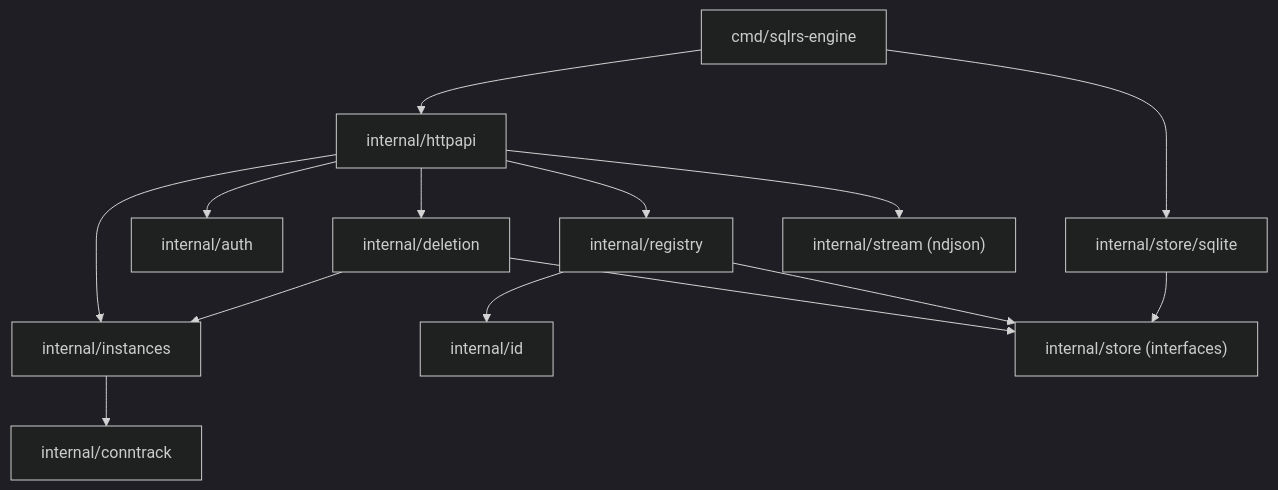
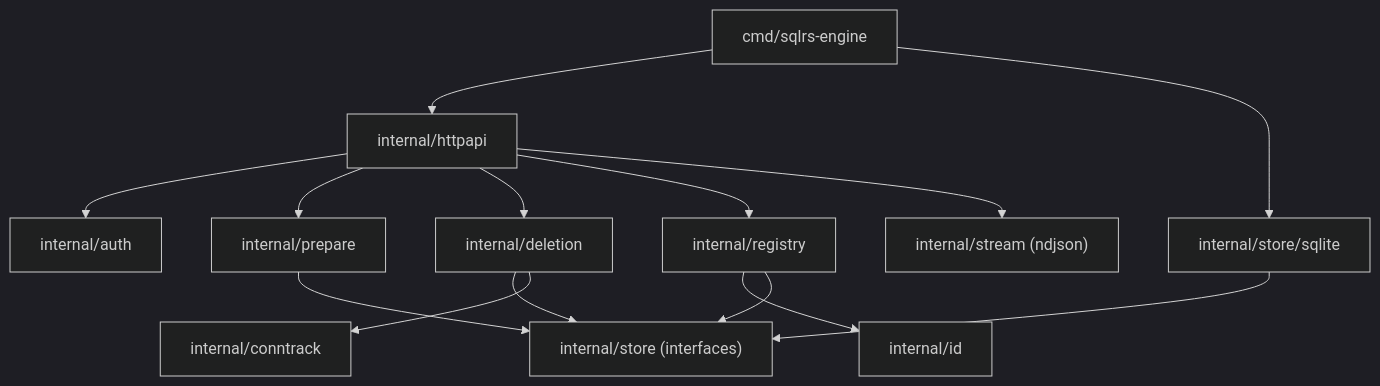
One commit to kimak-irmagi/taidon changed the diagram in docs/architecture/local-engine-component-structure.RU.md. Above: the diagram before and after it, drawn with Mermaid (dark theme). The commit also changed other lines of this file and 7 other files, not shown here.

Commit message:
Architecture docs updated

````diff
--- a/docs/architecture/local-engine-component-structure.RU.md
+++ b/docs/architecture/local-engine-component-structure.RU.md
@@ -54,28 +68,28 @@
 ```mermaid
 flowchart TD
   CMD["cmd/sqlrs-engine"]
   HTTP["internal/httpapi"]
+  PREP["internal/prepare"]
   DEL["internal/deletion"]
-  INST["internal/instances"]
   CONN["internal/conntrack"]
   AUTH["internal/auth"]
   REG["internal/registry"]
   ID["internal/id"]
   STORE["internal/store (interfaces)"]
   SQLITE["internal/store/sqlite"]
   STREAM["internal/stream (ndjson)"]
 
   CMD --> HTTP
   CMD --> SQLITE
   HTTP --> AUTH
+  HTTP --> PREP
   HTTP --> DEL
-  HTTP --> INST
   HTTP --> REG
   HTTP --> STREAM
-  DEL --> INST
   DEL --> STORE
-  INST --> CONN
+  DEL --> CONN
+  PREP --> STORE
   REG --> ID
   REG --> STORE
   SQLITE --> STORE
 ```
````
